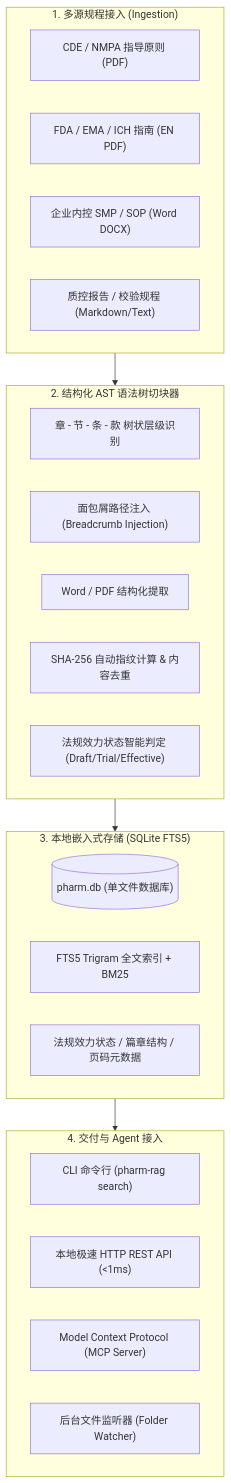
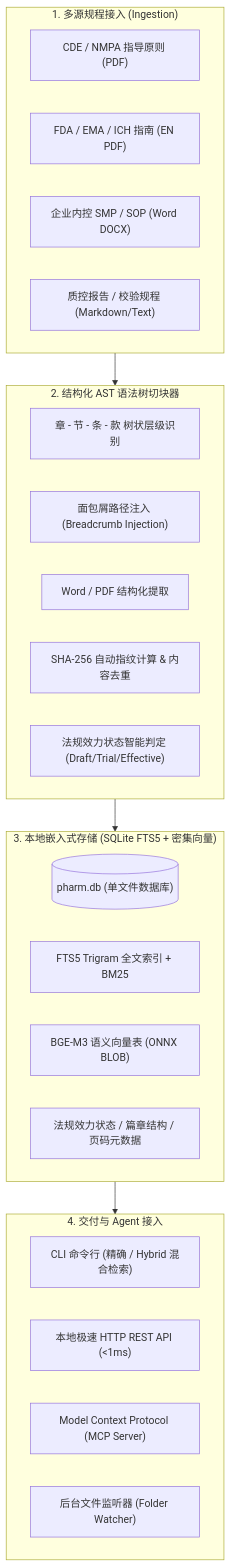
The diagram in README.md (molezz/Pharm-RAG), drawn with Mermaid before and after one commit. The commit also changed other lines of this file and 2 other files, not shown here.

Commit message:
docs: simplify why-table, update architecture and features, align QA terminology to GxP quality systems

````diff
--- a/README.md
+++ b/README.md
@@ -31,34 +31,35 @@
 ```mermaid
 flowchart TD
     subgraph Sources["1. 多源规程接入 (Ingestion)"]
         S1["CDE / NMPA 指导原则 (PDF)"]
         S2["FDA / EMA / ICH 指南 (EN PDF)"]
         S3["企业内控 SMP / SOP (Word DOCX)"]
         S4["质控报告 / 校验规程 (Markdown/Text)"]
     end
 
     subgraph Parser["2. 结构化 AST 语法树切块器"]
         P1["章 - 节 - 条 - 款 树状层级识别"]
         P2["面包屑路径注入 (Breadcrumb Injection)"]
         P3["Word / PDF 结构化提取"]
         P4["SHA-256 自动指纹计算 & 内容去重"]
         P5["法规效力状态智能判定 (Draft/Trial/Effective)"]
     end
 
-    subgraph Storage["3. 本地嵌入式存储 (SQLite FTS5)"]
+    subgraph Storage["3. 本地嵌入式存储 (SQLite FTS5 + 密集向量)"]
         DB[("pharm.db (单文件数据库)")]
         FTS["FTS5 Trigram 全文索引 + BM25"]
+        VEC["BGE-M3 语义向量表 (ONNX BLOB)"]
         META["法规效力状态 / 篇章结构 / 页码元数据"]
     end
 
     subgraph Interfaces["4. 交付与 Agent 接入"]
-        CLI["CLI 命令行 (pharm-rag search)"]
+        CLI["CLI 命令行 (精确 / Hybrid 混合检索)"]
         REST["本地极速 HTTP REST API (&lt;1ms)"]
         MCP["Model Context Protocol (MCP Server)"]
         WATCH["后台文件监听器 (Folder Watcher)"]
     end
 
     Sources --> Parser
     Parser --> Storage
     Storage --> Interfaces
 ```
````
